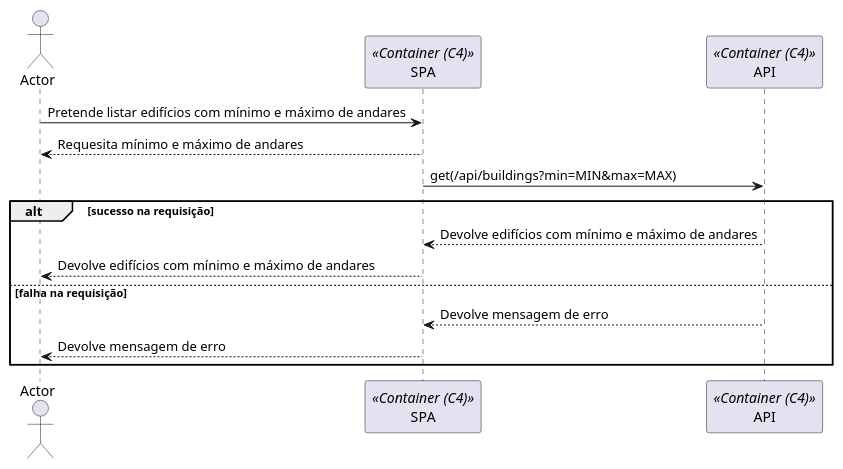
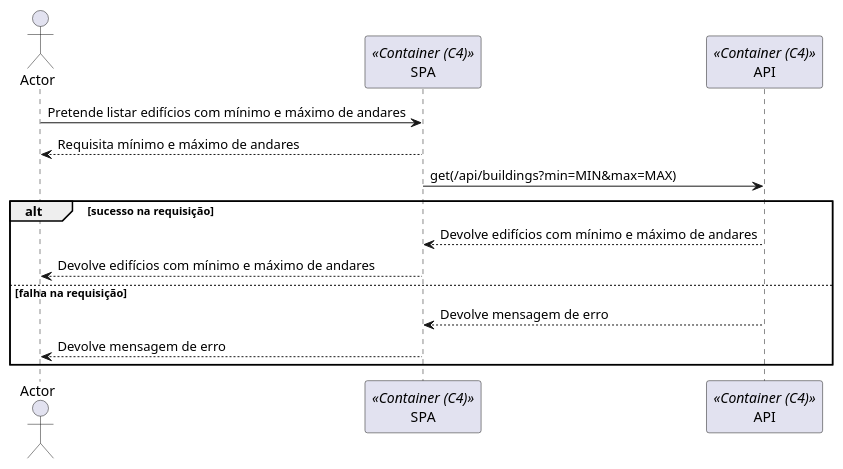
One commit to ruben1132/PI5_23-24 changed the diagram in docs/nivel2/N2_US180.puml. Above: the diagram before and after it, drawn with PlantUML. The commit also changed 8 other files, not shown here.

```diff
--- a/docs/nivel2/N2_US180.puml
+++ b/docs/nivel2/N2_US180.puml
@@ -1,20 +1,20 @@
 @startuml
 
 actor Actor as Actor
 participant "SPA" as Container <<Container (C4)>>
 participant "API" as API <<Container (C4)>>
 
 Actor -> Container: Pretende listar edifícios com mínimo e máximo de andares
-Container --> Actor: Requesita mínimo e máximo de andares
+Container --> Actor: Requisita mínimo e máximo de andares
 
     Container -> API: get(/api/buildings?min=MIN&max=MAX)
 
 alt sucesso na requisição
     API --> Container: Devolve edifícios com mínimo e máximo de andares
     Container --> Actor: Devolve edifícios com mínimo e máximo de andares
 else falha na requisição
     API --> Container: Devolve mensagem de erro
     Container --> Actor: Devolve mensagem de erro
 end
 
 @enduml
```
